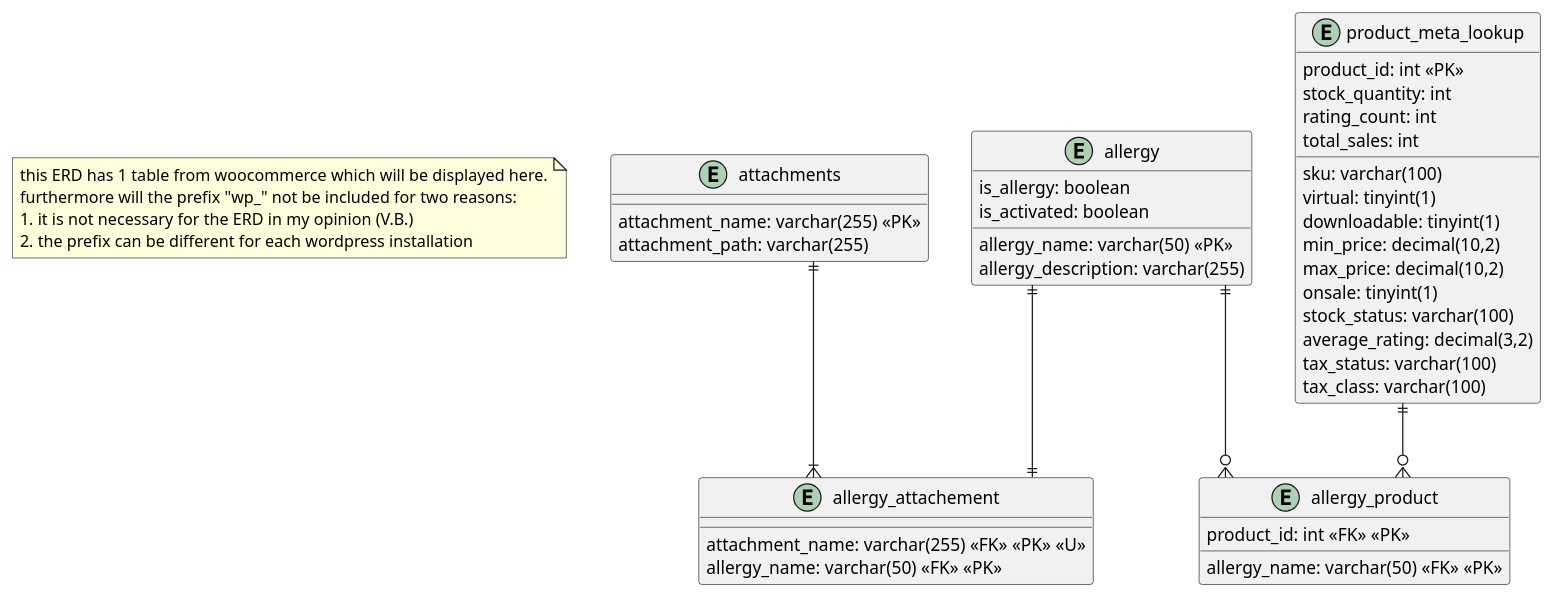
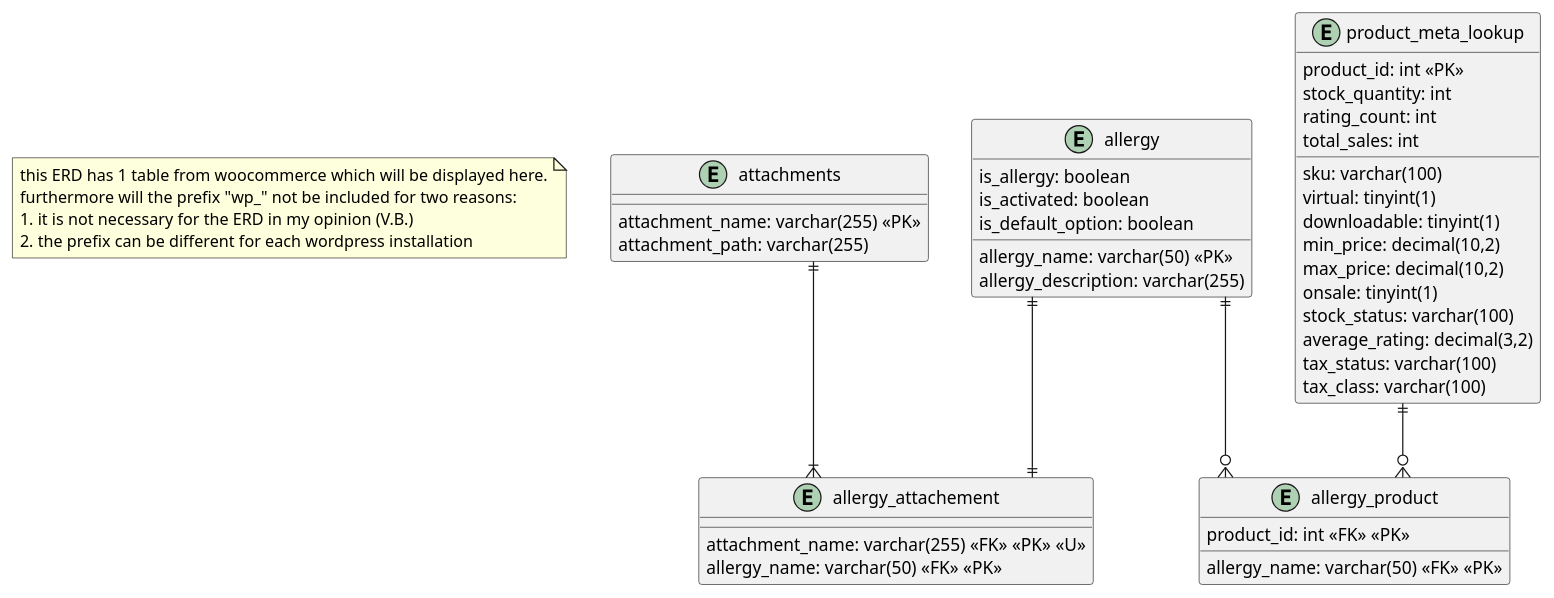
One commit to VerdiB/wp_allergenen_pro changed the diagram in UML/ERD.puml. Above: the diagram before and after it, drawn with PlantUML. The commit also changed 6 other files, not shown here.

```diff
--- a/UML/ERD.puml
+++ b/UML/ERD.puml
@@ -2,54 +2,55 @@
 @startuml db-design
 skinparam Linetype ortho
 note as N1
 this ERD has 1 table from woocommerce which will be displayed here.
 furthermore will the prefix "wp_" not be included for two reasons:
 1. it is not necessary for the ERD in my opinion (V.B.)
 2. the prefix can be different for each wordpress installation
 end note
 
 entity "allergy"{
    allergy_name: varchar(50) <<PK>>
    allergy_description: varchar(255)
    is_allergy: boolean   
    is_activated: boolean
+   is_default_option: boolean
 }
 
 entity "attachments"{
     attachment_name: varchar(255) <<PK>>
     attachment_path: varchar(255)
 }
 
 entity "allergy_attachement"{
     attachment_name: varchar(255) <<FK>> <<PK>> <<U>>
     allergy_name: varchar(50) <<FK>> <<PK>>
 } 
 
 entity "allergy_product"{
    product_id: int <<FK>> <<PK>>
    allergy_name: varchar(50) <<FK>> <<PK>>
 }
 
 entity "product_meta_lookup"{
     product_id: int <<PK>>
     sku: varchar(100)
     virtual: tinyint(1)
     downloadable: tinyint(1)
     min_price: decimal(10,2)
     max_price: decimal(10,2)
     onsale: tinyint(1)
     stock_quantity: int
     stock_status: varchar(100)
     rating_count: int
     average_rating: decimal(3,2)
     total_sales: int
     tax_status: varchar(100)
     tax_class: varchar(100)
 }
 
 allergy ||--o{ allergy_product
 allergy ||--|| allergy_attachement
 attachments ||--|{ allergy_attachement
 product_meta_lookup ||--o{ allergy_product
 
 @enduml
```
